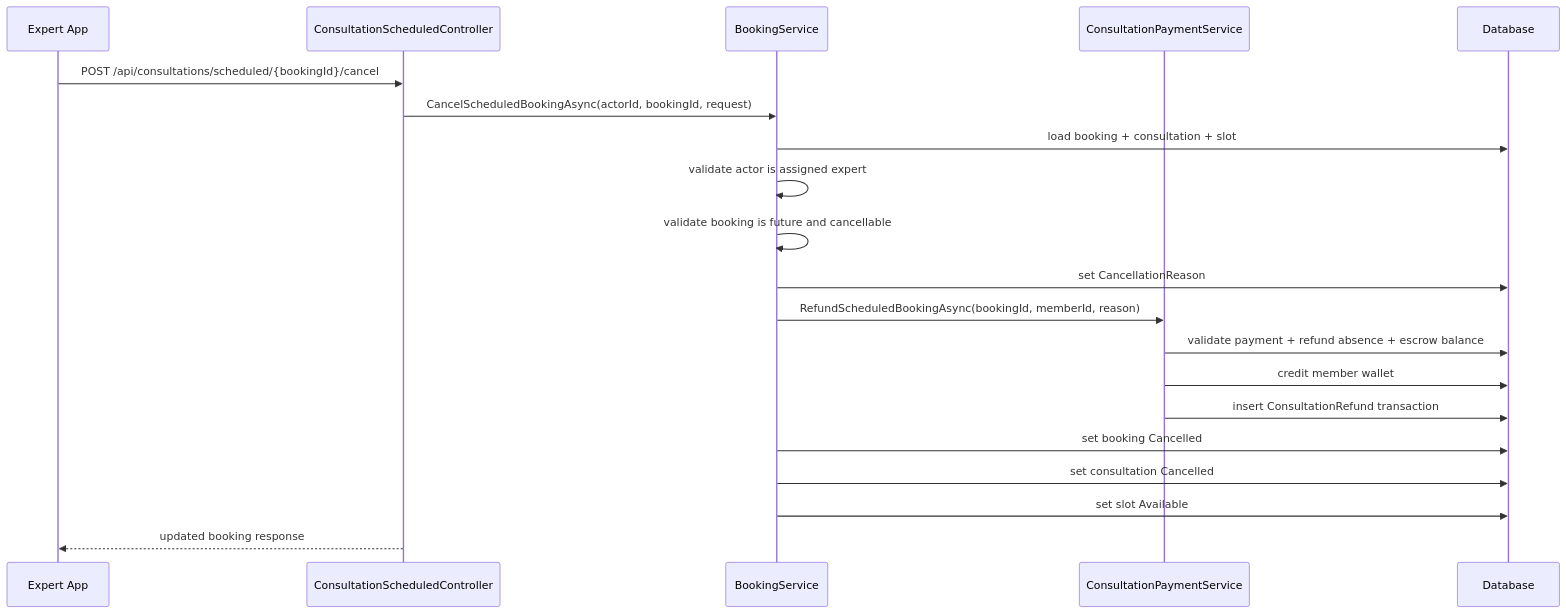
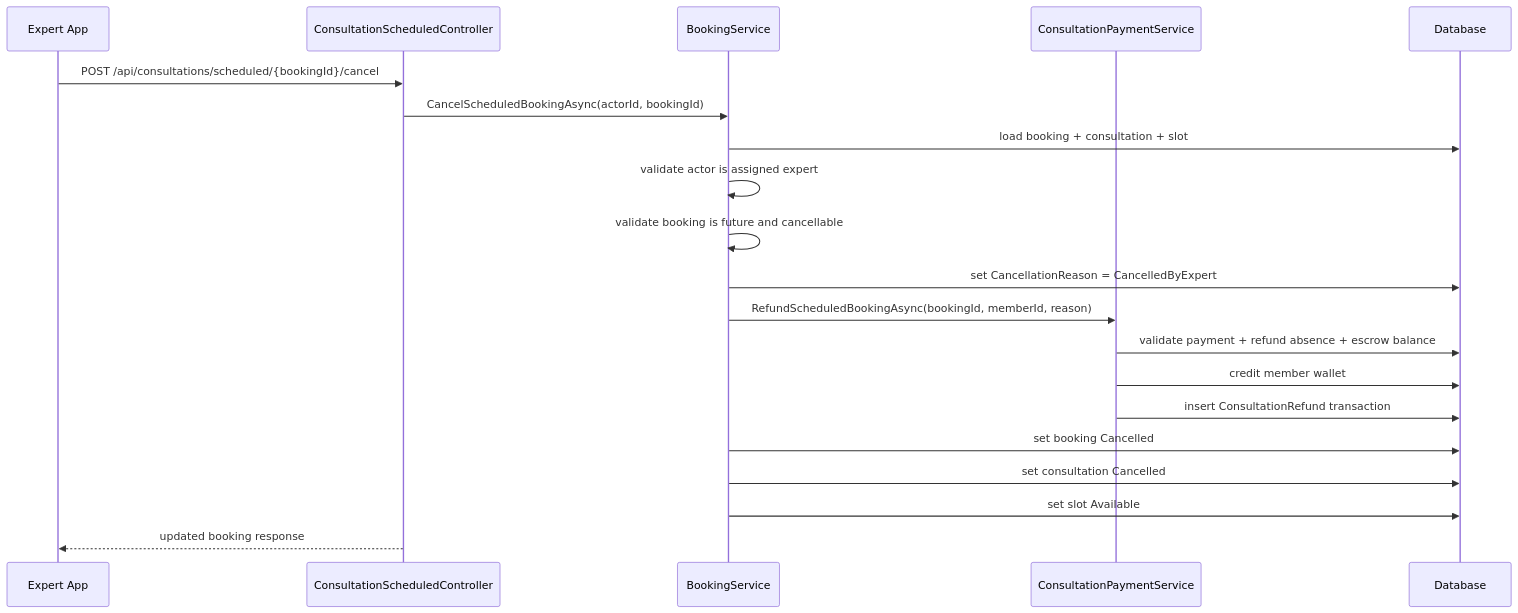
The second of 3 diagrams in Docs/05-Backend/02-layers/scheduled-booking-cancel/scheduled-booking-cancel.sourcecode.md (Snake-AID/SnakeAid.Docs), drawn with Mermaid before and after one commit. The commit also changed other lines of this file and 3 other files, not shown here.

First line of the commit message:
docs(scheduled-booking-cancel): update status to implemented

````diff
--- a/Docs/05-Backend/02-layers/scheduled-booking-cancel/scheduled-booking-cancel.sourcecode.md
+++ b/Docs/05-Backend/02-layers/scheduled-booking-cancel/scheduled-booking-cancel.sourcecode.md
@@ -268,23 +173,23 @@
 ```mermaid
 sequenceDiagram
     participant Expert as Expert App
     participant Api as ConsultationScheduledController
     participant Booking as BookingService
     participant Payment as ConsultationPaymentService
     participant DB as Database
 
     Expert->>Api: POST /api/consultations/scheduled/{bookingId}/cancel
-    Api->>Booking: CancelScheduledBookingAsync(actorId, bookingId, request)
+    Api->>Booking: CancelScheduledBookingAsync(actorId, bookingId)
     Booking->>DB: load booking + consultation + slot
     Booking->>Booking: validate actor is assigned expert
     Booking->>Booking: validate booking is future and cancellable
-    Booking->>DB: set CancellationReason
+    Booking->>DB: set CancellationReason = CancelledByExpert
     Booking->>Payment: RefundScheduledBookingAsync(bookingId, memberId, reason)
     Payment->>DB: validate payment + refund absence + escrow balance
     Payment->>DB: credit member wallet
     Payment->>DB: insert ConsultationRefund transaction
     Booking->>DB: set booking Cancelled
     Booking->>DB: set consultation Cancelled
     Booking->>DB: set slot Available
     Api-->>Expert: updated booking response
 ```
````
